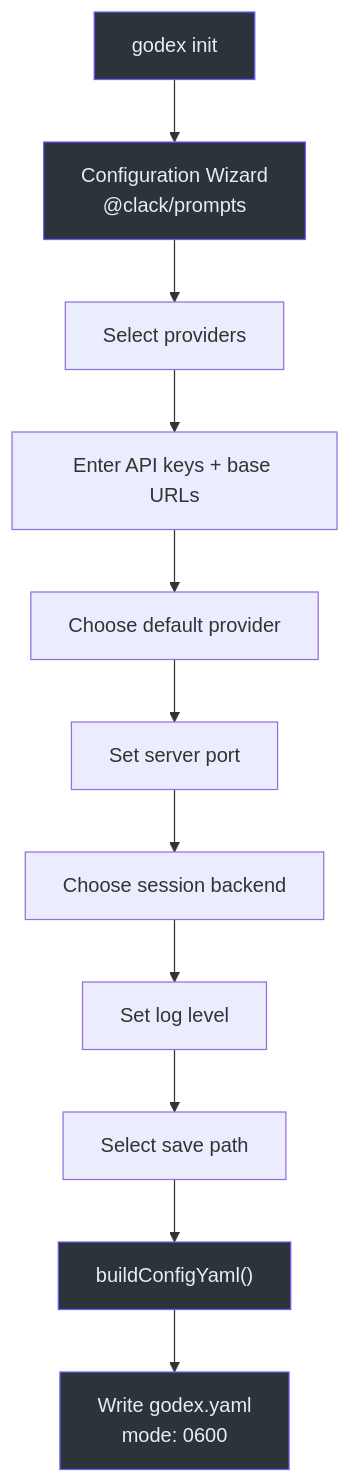
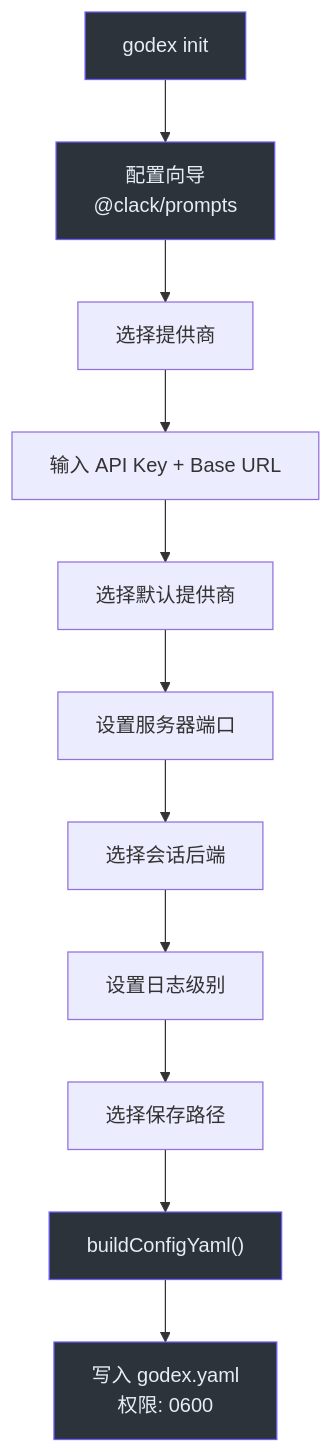
One commit to Ahoo-Wang/GodeX changed the third of 4 diagrams in wiki/zh/01-getting-started/cli.md. Above: the diagram before and after it, drawn with Mermaid. The commit also changed other lines of this file and 36 other files, not shown here.

````diff
--- a/wiki/zh/01-getting-started/cli.md
+++ b/wiki/zh/01-getting-started/cli.md
@@ -69,18 +73,18 @@
 ```mermaid
 flowchart TD
-    START["godex init"] --> WIZARD["Configuration Wizard<br>@clack/prompts"]
-    WIZARD --> P1["Select providers"]
-    P1 --> P2["Enter API keys + base URLs"]
-    P2 --> P3["Choose default provider"]
-    P3 --> P4["Set server port"]
-    P4 --> P5["Choose session backend"]
-    P5 --> P6["Set log level"]
-    P6 --> P7["Select save path"]
+    START["godex init"] --> WIZARD["配置向导<br>@clack/prompts"]
+    WIZARD --> P1["选择提供商"]
+    P1 --> P2["输入 API Key + Base URL"]
+    P2 --> P3["选择默认提供商"]
+    P3 --> P4["设置服务器端口"]
+    P4 --> P5["选择会话后端"]
+    P5 --> P6["设置日志级别"]
+    P6 --> P7["选择保存路径"]
     P7 --> BUILD["buildConfigYaml()"]
-    BUILD --> WRITE["Write godex.yaml<br>mode: 0600"]
+    BUILD --> WRITE["写入 godex.yaml<br>权限: 0600"]
 
     style START fill:#2d333b,stroke:#6d5dfc,color:#e6edf3
     style WIZARD fill:#2d333b,stroke:#6d5dfc,color:#e6edf3
     style BUILD fill:#2d333b,stroke:#6d5dfc,color:#e6edf3
     style WRITE fill:#2d333b,stroke:#6d5dfc,color:#e6edf3
 ```
````
